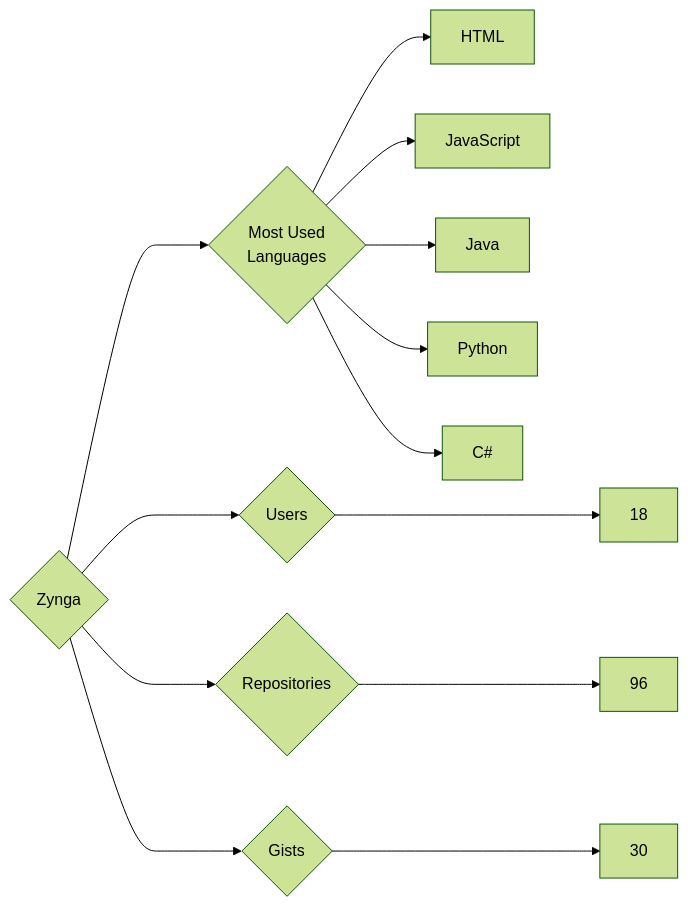
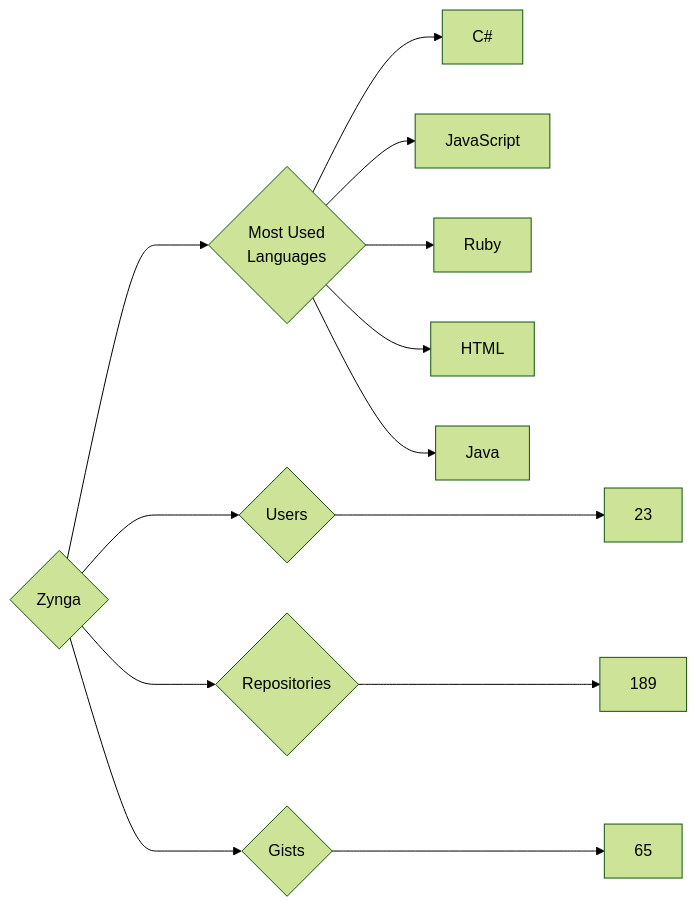
One commit to trickest/insiders changed the diagram in targets/Zynga/README.md. Above: the diagram before and after it, drawn with Mermaid (forest theme). The commit also changed 964 other files, not shown here.

````diff
--- a/targets/Zynga/README.md
+++ b/targets/Zynga/README.md
@@ -3,13 +3,13 @@
 ```mermaid
 graph LR
 COMPANY_NAME{Zynga}
-COMPANY_NAME ---> U{Users} ---> UN[18]
-COMPANY_NAME ---> R{Repositories} ---> RN[96]
-COMPANY_NAME ---> G{Gists} ---> GN[30]
+COMPANY_NAME ---> U{Users} ---> UN[23]
+COMPANY_NAME ---> R{Repositories} ---> RN[189]
+COMPANY_NAME ---> G{Gists} ---> GN[65]
 COMPANY_NAME ---> ML{Most Used<br>Languages}
+ML --> C#[C#]
+ML --> JavaScript[JavaScript]
+ML --> Ruby[Ruby]
 ML --> HTML[HTML]
-ML --> JavaScript[JavaScript]
 ML --> Java[Java]
-ML --> Python[Python]
-ML --> C#[C#]
 ```
````
